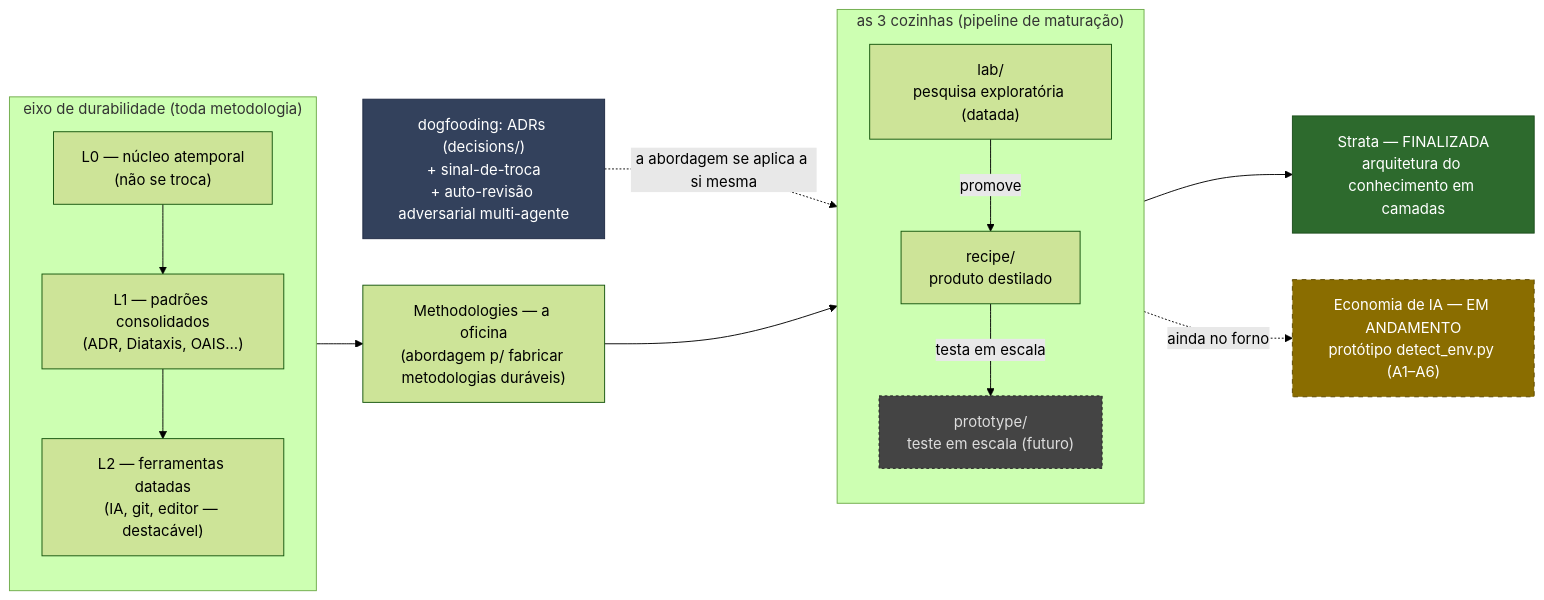
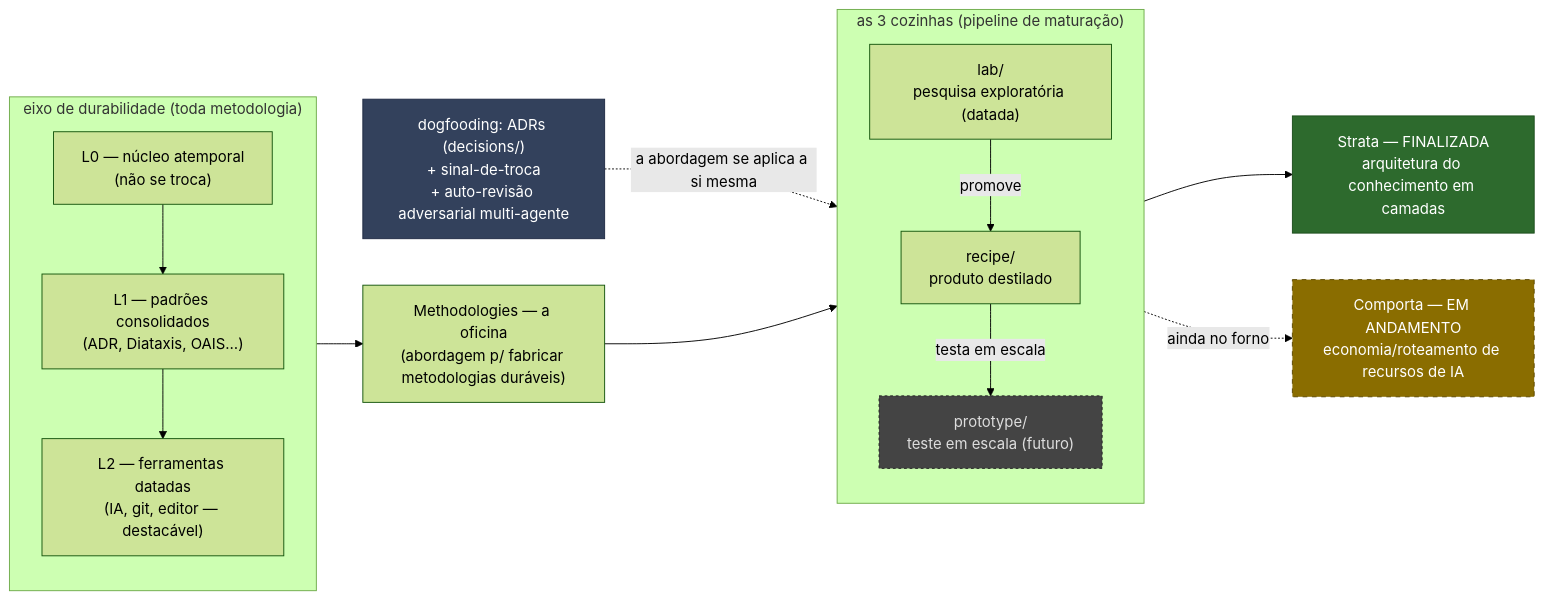
Before and after one commit to LeoPR/Methodologies: the diagram in README.md, drawn with Mermaid (forest theme). The commit also changed other lines of this file and 5 other files, not shown here.

````diff
--- a/README.md
+++ b/README.md
@@ -57,37 +57,37 @@
 ```mermaid
 flowchart LR
     subgraph CAMADAS["eixo de durabilidade (toda metodologia)"]
         direction TB
         L0["L0 — núcleo atemporal<br/>(não se troca)"]
         L1["L1 — padrões consolidados<br/>(ADR, Diataxis, OAIS…)"]
         L2["L2 — ferramentas datadas<br/>(IA, git, editor — destacável)"]
         L0 --> L1 --> L2
     end
 
     DOG["dogfooding: ADRs (decisions/)<br/>+ sinal-de-troca<br/>+ auto-revisão adversarial multi-agente"]
     OFICINA["Methodologies — a oficina<br/>(abordagem p/ fabricar metodologias duráveis)"]
 
     subgraph COZINHAS["as 3 cozinhas (pipeline de maturação)"]
         direction TB
         LAB["lab/<br/>pesquisa exploratória (datada)"]
         REC["recipe/<br/>produto destilado"]
         PROTO["prototype/<br/>teste em escala (futuro)"]
         LAB -->|promove| REC -->|testa em escala| PROTO
     end
 
     CAMADAS --> OFICINA
     DOG -.->|a abordagem se aplica a si mesma| COZINHAS
     OFICINA --> COZINHAS
 
     REC --> STRATA["Strata — FINALIZADA<br/>arquitetura do conhecimento em camadas"]
-    LAB -.->|ainda no forno| ECON["Economia de IA — EM ANDAMENTO<br/>protótipo detect_env.py (A1–A6)"]
+    LAB -.->|ainda no forno| ECON["Comporta — EM ANDAMENTO<br/>economia/roteamento de recursos de IA"]
 
     classDef done fill:#2d6a2d,stroke:#1b4d1b,color:#fff;
     classDef wip fill:#8a6d00,stroke:#5c4900,color:#fff,stroke-dasharray:5 5;
     classDef future fill:#444,stroke:#222,color:#ddd,stroke-dasharray:3 3;
     classDef proof fill:#33415c,stroke:#1f2a44,color:#fff;
     class STRATA done;
     class ECON wip;
     class PROTO future;
     class DOG proof;
 ```
````
